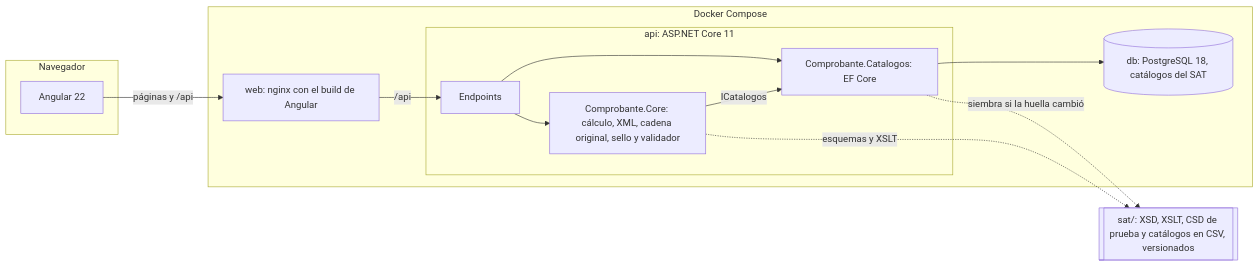
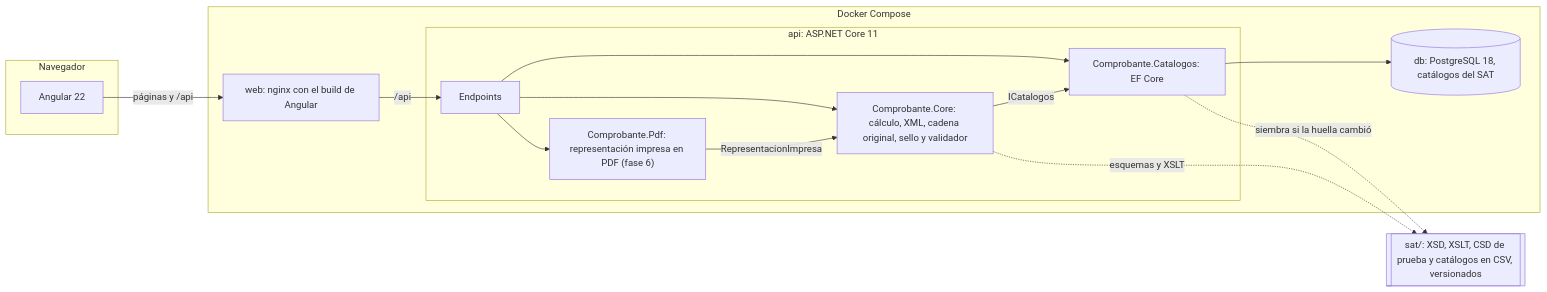
The diagram in PLAN.md (RafaelLeonTorres/comprobante), drawn with Mermaid before and after one commit. The commit also changed other lines of this file and 16 other files, not shown here.

````diff
--- a/PLAN.md
+++ b/PLAN.md
@@ -61,24 +63,27 @@
 ```mermaid
 flowchart LR
   subgraph Navegador
     UI[Angular 22]
   end
   subgraph Compose["Docker Compose"]
     WEB["web: nginx con el build de Angular"]
     subgraph APIC["api: ASP.NET Core 11"]
       API[Endpoints]
       CORE["Comprobante.Core: cálculo, XML, cadena original, sello y validador"]
       CAT["Comprobante.Catalogos: EF Core"]
+      PDF["Comprobante.Pdf: representación impresa en PDF (fase 6)"]
     end
     DB[("db: PostgreSQL 18, catálogos del SAT")]
   end
   SAT[["sat/: XSD, XSLT, CSD de prueba y catálogos en CSV, versionados"]]
   UI -- "páginas y /api" --> WEB
   WEB -- "/api" --> API
   API --> CORE
   API --> CAT
+  API --> PDF
+  PDF -- "RepresentacionImpresa" --> CORE
   CORE -- "ICatalogos" --> CAT
   CAT --> DB
   CAT -. "siembra si la huella cambió" .-> SAT
   CORE -. "esquemas y XSLT" .-> SAT
 ```
````
